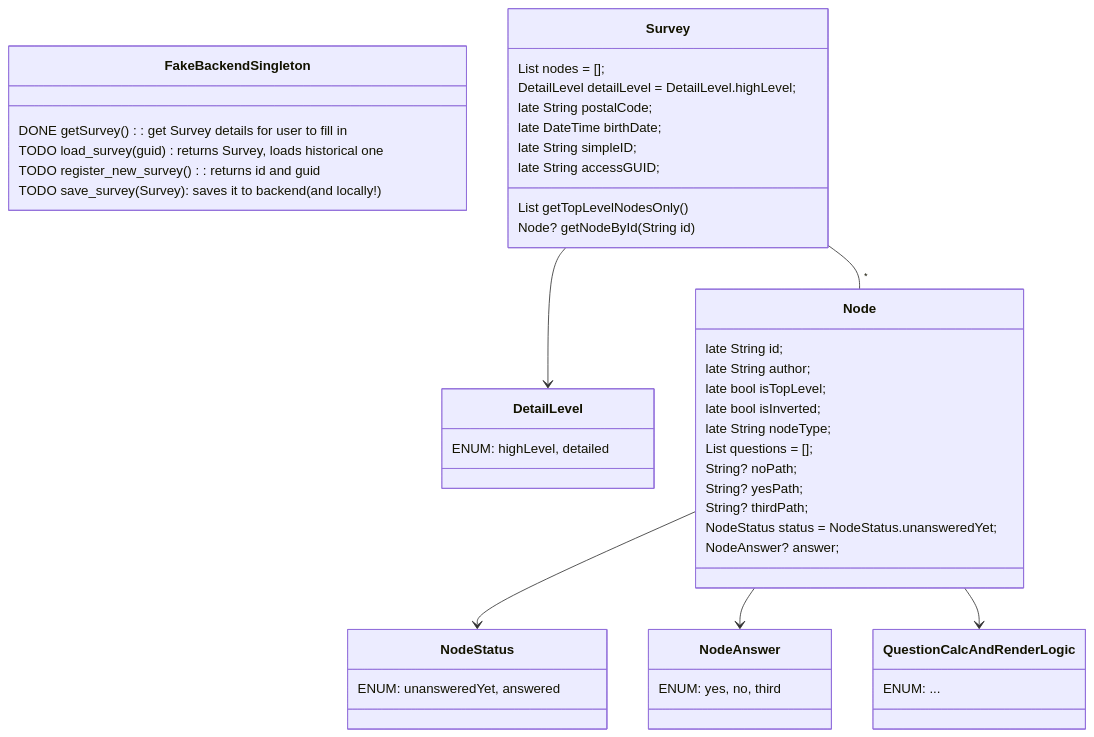
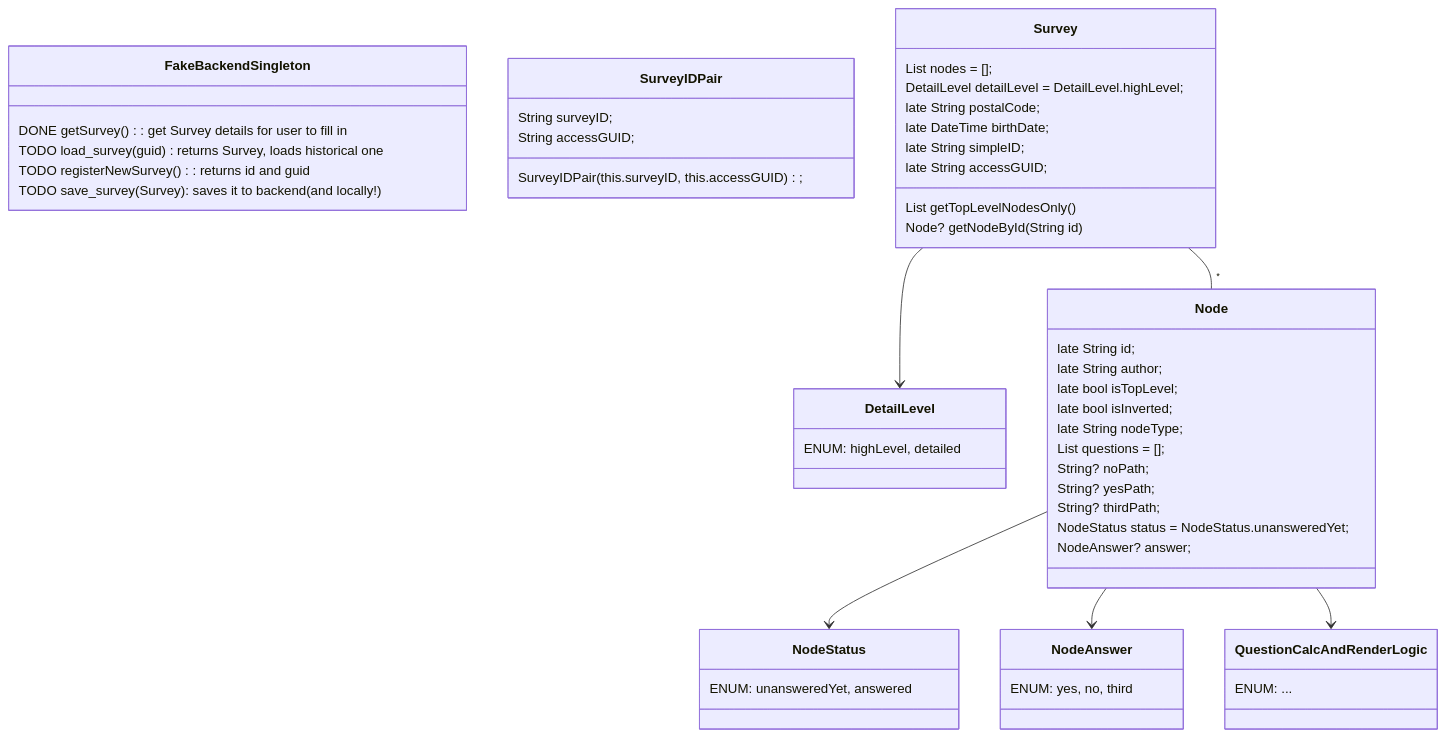
Before and after one commit to ZawilaP/FlutterHackathon: the diagram in docs/README.md, drawn with Mermaid. The commit also changed 3 other files, not shown here.

````diff
--- a/docs/README.md
+++ b/docs/README.md
@@ -3,58 +3,64 @@
 ```mermaid
 classDiagram
 
     class FakeBackendSingleton{
         DONE getSurvey(): get Survey details for user to fill in
         TODO load_survey(guid) returns Survey, loads historical one
-        TODO register_new_survey(): returns id and guid
+        TODO registerNewSurvey(): returns id and guid
         TODO save_survey(Survey): saves it to backend (and locally!)
+    }
+
+    class SurveyIDPair {
+        String surveyID;
+        String accessGUID;
+        SurveyIDPair(this.surveyID, this.accessGUID);
     }
 
     class Survey{
         List<Node> nodes = [];
         DetailLevel detailLevel = DetailLevel.highLevel;
         late String postalCode;
         late DateTime birthDate;
         late String simpleID;
         late String accessGUID;
 
         List<Node> getTopLevelNodesOnly()
         Node? getNodeById(String id)
     }
 
     class DetailLevel { ENUM: highLevel, detailed }
     class QuestionCalcAndRenderLogic{ ENUM: ...}
 
     class NodeStatus { ENUM: unansweredYet, answered }
 
     class NodeAnswer { ENUM: yes, no, third }
 
 
     class Node {
         late String id;
         late String author;
         late bool isTopLevel;
         late bool isInverted;
         late String nodeType;
         List<Question> questions = [];
 
         String? noPath;
         String? yesPath;
         String? thirdPath;
 
         NodeStatus status = NodeStatus.unansweredYet;
         NodeAnswer? answer;
 
 
     }
 
   Survey --"*" Node
     Node --> NodeStatus
     Node --> NodeAnswer
     Node --> QuestionCalcAndRenderLogic
     Survey  --> DetailLevel
 
   
 
 
 ```
````
